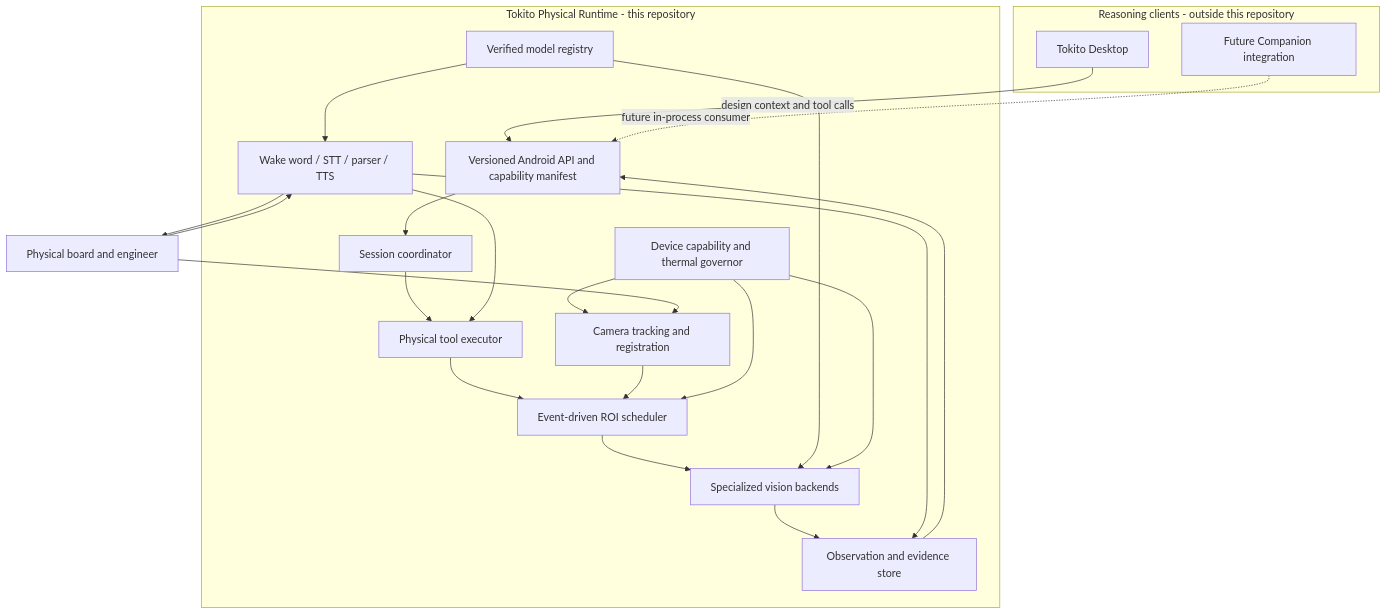
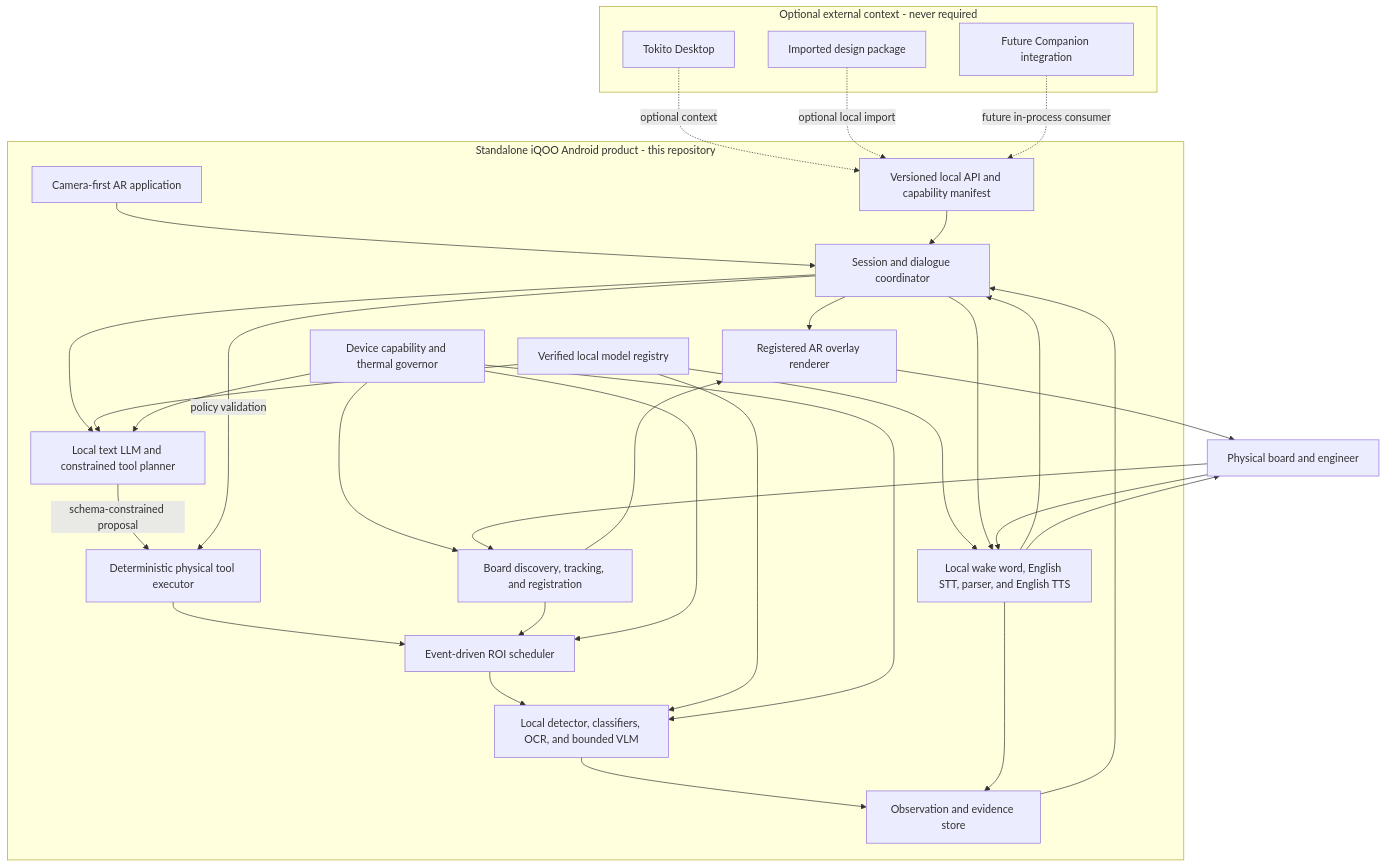
The diagram in docs/ARCHITECTURE.md (TokitoAI/tokito-app), drawn with Mermaid before and after one commit. The commit also changed other lines of this file and 17 other files, not shown here.

Commit message:
docs: define standalone fully local AR product (#36)

````diff
--- a/docs/ARCHITECTURE.md
+++ b/docs/ARCHITECTURE.md
@@ -5,42 +5,56 @@
 ```mermaid
 flowchart TB
-    subgraph Clients[Reasoning clients - outside this repository]
+    subgraph Optional[Optional external context - never required]
         Desktop[Tokito Desktop]
+        Design[Imported design package]
         FutureCompanion[Future Companion integration]
     end
 
-    subgraph Runtime[Tokito Physical Runtime - this repository]
-        API[Versioned Android API and capability manifest]
-        Session[Session coordinator]
-        Camera[Camera tracking and registration]
+    subgraph Product[Standalone iQOO Android product - this repository]
+        App[Camera-first AR application]
+        API[Versioned local API and capability manifest]
+        Session[Session and dialogue coordinator]
+        LLM[Local text LLM and constrained tool planner]
+        Camera[Board discovery, tracking, and registration]
         ROI[Event-driven ROI scheduler]
-        Vision[Specialized vision backends]
-        Audio[Wake word / STT / parser / TTS]
-        Tools[Physical tool executor]
+        Vision[Local detector, classifiers, OCR, and bounded VLM]
+        Audio[Local wake word, English STT, parser, and English TTS]
+        Tools[Deterministic physical tool executor]
         Evidence[Observation and evidence store]
-        Models[Verified model registry]
+        Models[Verified local model registry]
         Device[Device capability and thermal governor]
+        Overlay[Registered AR overlay renderer]
     end
 
     Board[Physical board and engineer]
 
-    Desktop -->|design context and tool calls| API
+    Desktop -.->|optional context| API
+    Design -.->|optional local import| API
     FutureCompanion -.->|future in-process consumer| API
+    App --> Session
     API --> Session
-    Session --> Tools
+    Session --> LLM
+    LLM -->|schema-constrained proposal| Tools
+    Session -->|policy validation| Tools
     Tools --> ROI
     ROI --> Vision
     Camera --> ROI
-    Audio --> Tools
+    Camera --> Overlay
+    Audio --> Session
     Models --> Vision
     Models --> Audio
+    Models --> LLM
     Device --> Camera
     Device --> ROI
     Device --> Vision
+    Device --> LLM
     Vision --> Evidence
     Audio --> Evidence
-    Evidence --> API
+    Evidence --> Session
+    Session --> Overlay
+    Session --> Audio
     Board --> Camera
     Board --> Audio
+    Overlay --> Board
     Audio --> Board
 ```
````
